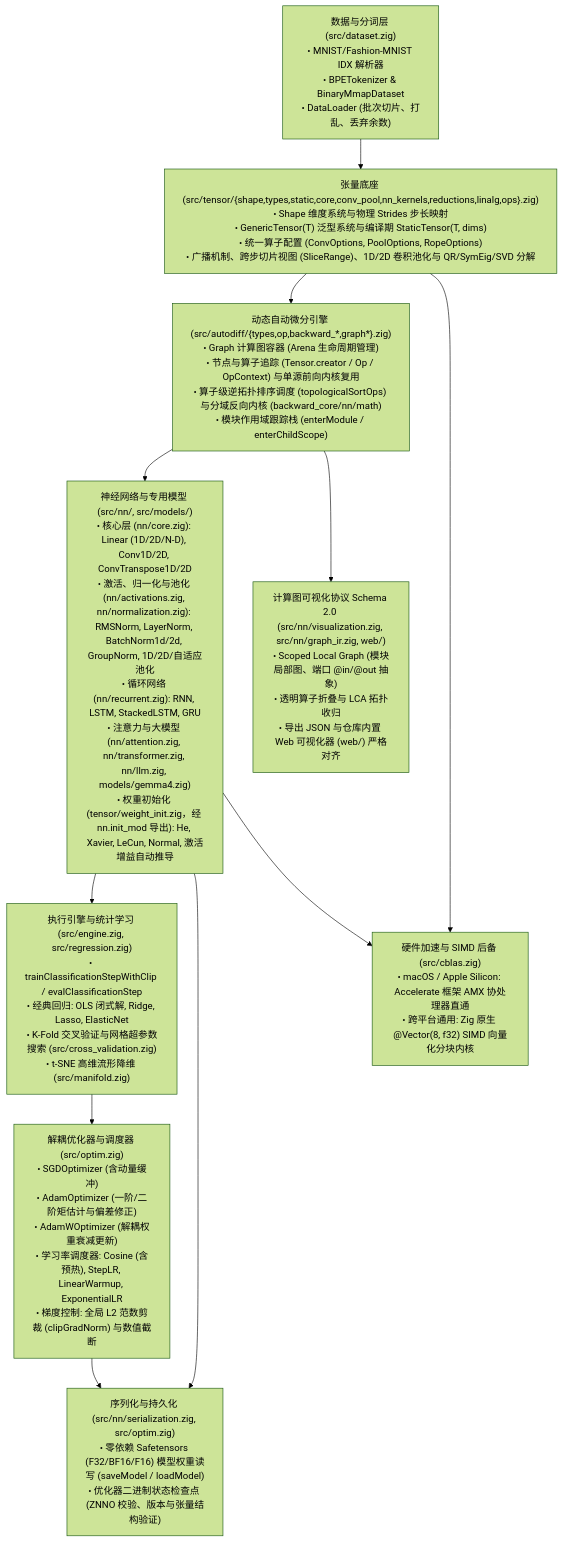
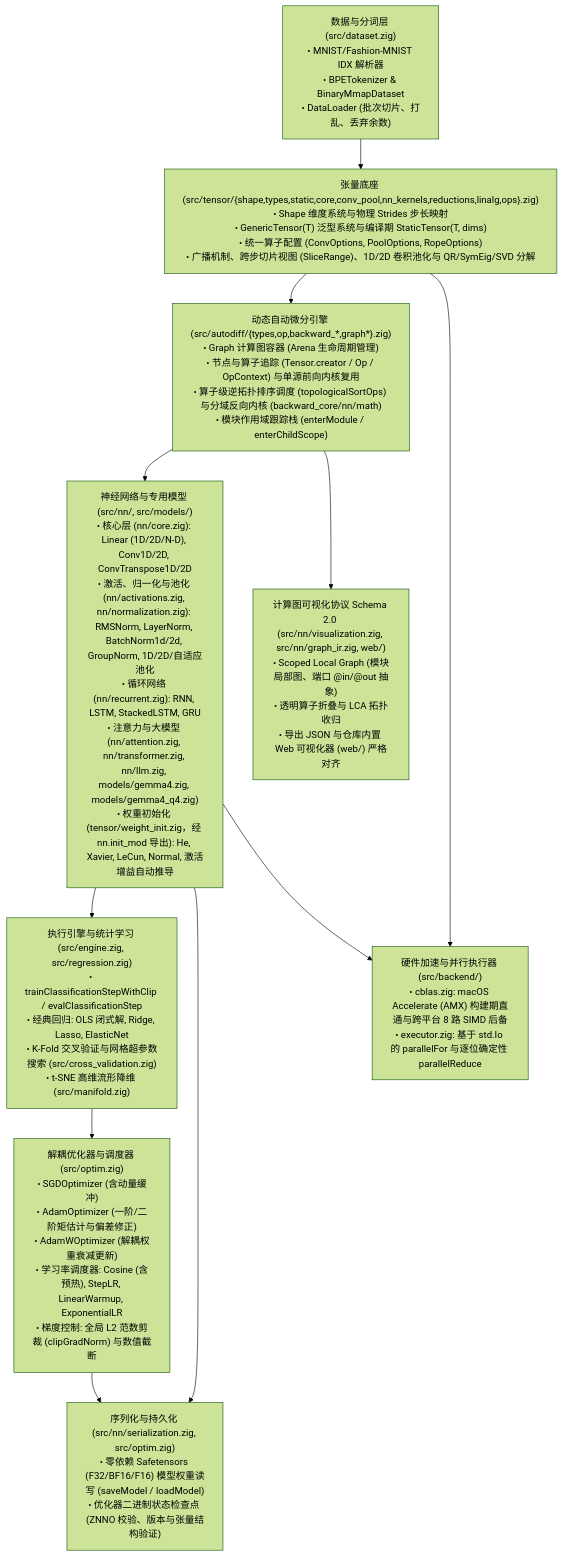
The first of 3 diagrams in doc/architecture.md (chen-gz/znn), drawn with Mermaid (forest theme) before and after one commit. The commit also changed other lines of this file and 56 other files, not shown here.

First line of the commit message:
feat(backend,tensor,models): implement Phase 0 async executor, Q4 split-half, and gemma4 modularization

````diff
--- a/doc/architecture.md
+++ b/doc/architecture.md
@@ -75,31 +80,31 @@
 ```mermaid
 flowchart TD
     Dataset["数据与分词层 (src/dataset.zig)\n• MNIST/Fashion-MNIST IDX 解析器\n• BPETokenizer & BinaryMmapDataset\n• DataLoader (批次切片、打乱、丢弃余数)"]
     
     TensorCore["张量底座 (src/tensor/{shape,types,static,core,conv_pool,nn_kernels,reductions,linalg,ops}.zig)\n• Shape 维度系统与物理 Strides 步长映射\n• GenericTensor(T) 泛型系统与编译期 StaticTensor(T, dims)\n• 统一算子配置 (ConvOptions, PoolOptions, RopeOptions)\n• 广播机制、跨步切片视图 (SliceRange)、1D/2D 卷积池化与 QR/SymEig/SVD 分解"]
     
     Autodiff["动态自动微分引擎 (src/autodiff/{types,op,backward_*,graph*}.zig)\n• Graph 计算图容器 (Arena 生命周期管理)\n• 节点与算子追踪 (Tensor.creator / Op / OpContext) 与单源前向内核复用\n• 算子级逆拓扑排序调度 (topologicalSortOps) 与分域反向内核 (backward_core/nn/math)\n• 模块作用域跟踪栈 (enterModule / enterChildScope)"]
     
-    NNModules["神经网络与专用模型 (src/nn/, src/models/)\n• 核心层 (nn/core.zig): Linear (1D/2D/N-D), Conv1D/2D, ConvTranspose1D/2D\n• 激活、归一化与池化 (nn/activations.zig, nn/normalization.zig): RMSNorm, LayerNorm, BatchNorm1d/2d, GroupNorm, 1D/2D/自适应池化\n• 循环网络 (nn/recurrent.zig): RNN, LSTM, StackedLSTM, GRU\n• 注意力与大模型 (nn/attention.zig, nn/transformer.zig, nn/llm.zig, models/gemma4.zig)\n• 权重初始化 (tensor/weight_init.zig，经 nn.init_mod 导出): He, Xavier, LeCun, Normal, 激活增益自动推导"]
+    NNModules["神经网络与专用模型 (src/nn/, src/models/)\n• 核心层 (nn/core.zig): Linear (1D/2D/N-D), Conv1D/2D, ConvTranspose1D/2D\n• 激活、归一化与池化 (nn/activations.zig, nn/normalization.zig): RMSNorm, LayerNorm, BatchNorm1d/2d, GroupNorm, 1D/2D/自适应池化\n• 循环网络 (nn/recurrent.zig): RNN, LSTM, StackedLSTM, GRU\n• 注意力与大模型 (nn/attention.zig, nn/transformer.zig, nn/llm.zig, models/gemma4.zig, models/gemma4_q4.zig)\n• 权重初始化 (tensor/weight_init.zig，经 nn.init_mod 导出): He, Xavier, LeCun, Normal, 激活增益自动推导"]
     
     Engine["执行引擎与统计学习 (src/engine.zig, src/regression.zig)\n• trainClassificationStepWithClip / evalClassificationStep\n• 经典回归: OLS 闭式解, Ridge, Lasso, ElasticNet\n• K-Fold 交叉验证与网格超参数搜索 (src/cross_validation.zig)\n• t-SNE 高维流形降维 (src/manifold.zig)"]
     
     Optimizers["解耦优化器与调度器 (src/optim.zig)\n• SGDOptimizer (含动量缓冲)\n• AdamOptimizer (一阶/二阶矩估计与偏差修正)\n• AdamWOptimizer (解耦权重衰减更新)\n• 学习率调度器: Cosine (含预热), StepLR, LinearWarmup, ExponentialLR\n• 梯度控制: 全局 L2 范数剪裁 (clipGradNorm) 与数值截断"]
     
     Persistence["序列化与持久化 (src/nn/serialization.zig, src/optim.zig)\n• 零依赖 Safetensors (F32/BF16/F16) 模型权重读写 (saveModel / loadModel)\n• 优化器二进制状态检查点 (ZNNO 校验、版本与张量结构验证)"]
     
     Visualization["计算图可视化协议 Schema 2.0 (src/nn/visualization.zig, src/nn/graph_ir.zig, web/)\n• Scoped Local Graph (模块局部图、端口 @in/@out 抽象)\n• 透明算子折叠与 LCA 拓扑收归\n• 导出 JSON 与仓库内置 Web 可视化器 (web/) 严格对齐"]
     
-    Hardware["硬件加速与 SIMD 后备 (src/cblas.zig)\n• macOS / Apple Silicon: Accelerate 框架 AMX 协处理器直通\n• 跨平台通用: Zig 原生 @Vector(8, f32) SIMD 向量化分块内核"]
+    Backend["硬件加速与并行执行器 (src/backend/)\n• cblas.zig: macOS Accelerate (AMX) 构建期直通与跨平台 8 路 SIMD 后备\n• executor.zig: 基于 std.Io 的 parallelFor 与逐位确定性 parallelReduce"]
 
     Dataset --> TensorCore
     TensorCore --> Autodiff
     Autodiff --> NNModules
     NNModules --> Engine
     Engine --> Optimizers
     NNModules --> Persistence
     Optimizers --> Persistence
     Autodiff --> Visualization
-    TensorCore --> Hardware
-    NNModules --> Hardware
+    TensorCore --> Backend
+    NNModules --> Backend
 ```
````
